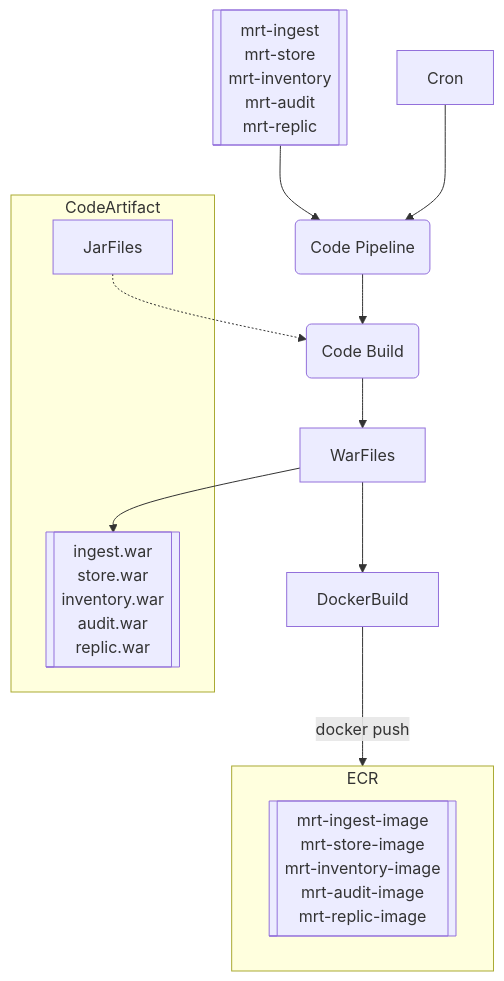
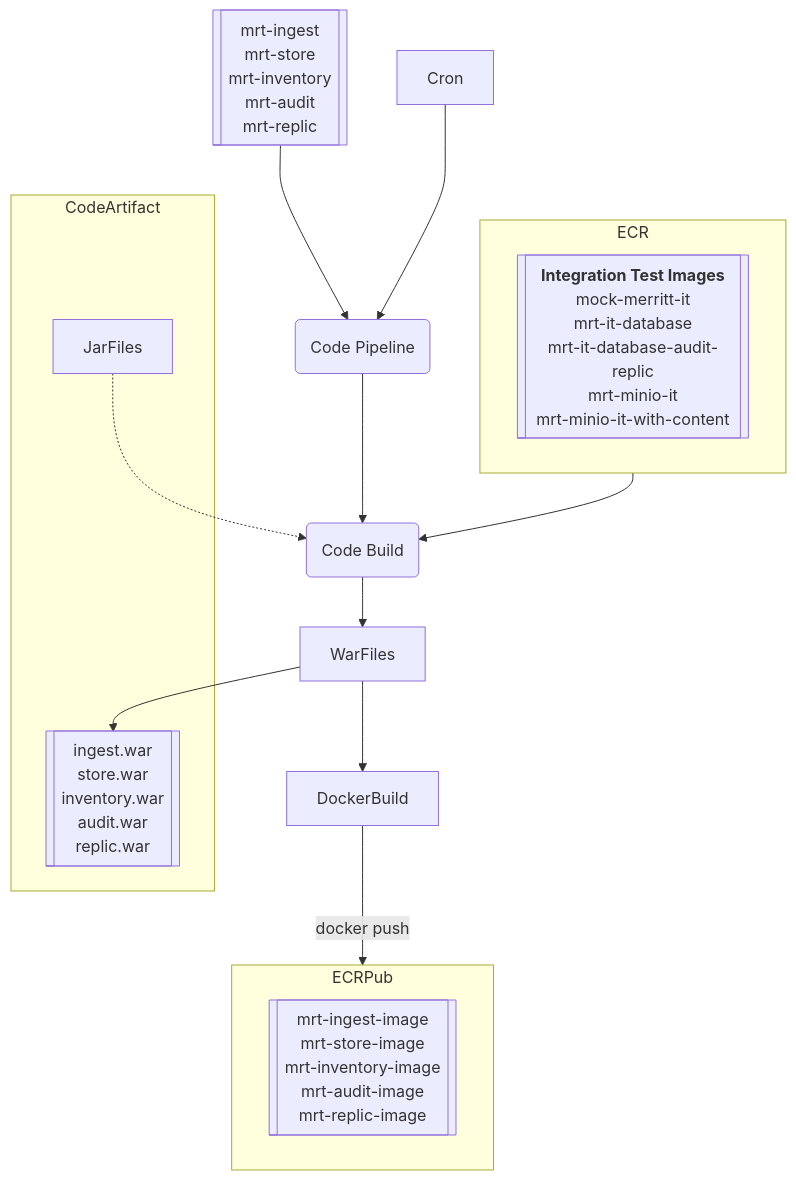
One commit to CDLUC3/mrt-doc changed the third of 11 diagrams in design/aws-build/README.md. Above: the diagram before and after it, drawn with Mermaid.

````diff
--- a/design/aws-build/README.md
+++ b/design/aws-build/README.md
@@ -106,40 +106,49 @@
 ```mermaid
 graph TD
   GitHub[["`
     mrt-ingest
     mrt-store
     mrt-inventory
     mrt-audit
     mrt-replic
   `"]]
   GitHub --> Pipeline
   Cron --> Pipeline
   Pipeline(Code Pipeline)
   Pipeline --> Build
   Build(Code Build)
+  ECR --> Build
   Build --> WarFiles
   WarFiles --> DockerBuild
-  DockerBuild --> |docker push| ECR
-  ECR
+  DockerBuild --> |docker push| ECRPub
+  subgraph ECR
+    Img[["`**Integration Test Images**
+      mock-merritt-it
+      mrt-it-database
+      mrt-it-database-audit-replic
+      mrt-minio-it
+      mrt-minio-it-with-content
+    `"]]
+  end
   subgraph CodeArtifact
     JarFiles
     WarFilesArtifact[["`
       ingest.war
       store.war
       inventory.war
       audit.war
       replic.war
     `"]]
   end
   WarFiles --> WarFilesArtifact
   JarFiles -.-> Build
-  subgraph ECR
+  subgraph ECRPub
     IntegrationTestImages[["`
       mrt-ingest-image
       mrt-store-image
       mrt-inventory-image
       mrt-audit-image
       mrt-replic-image
     `"]]
   end
 ```
````
